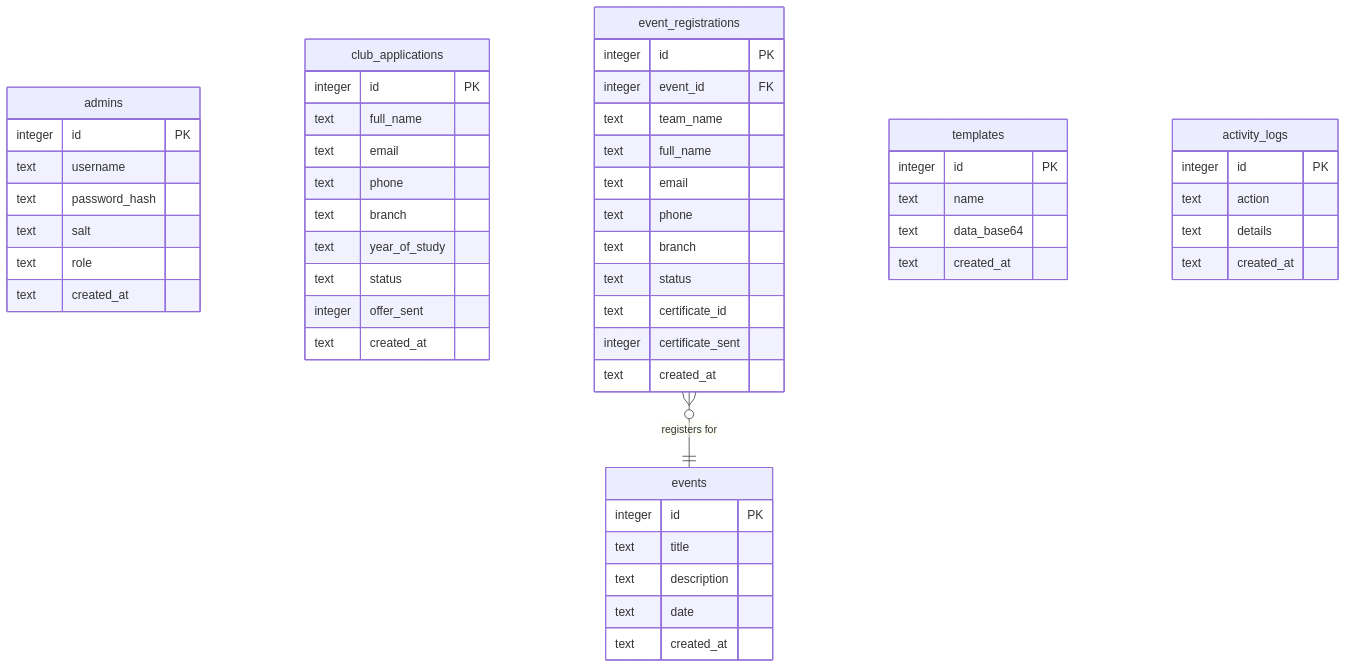
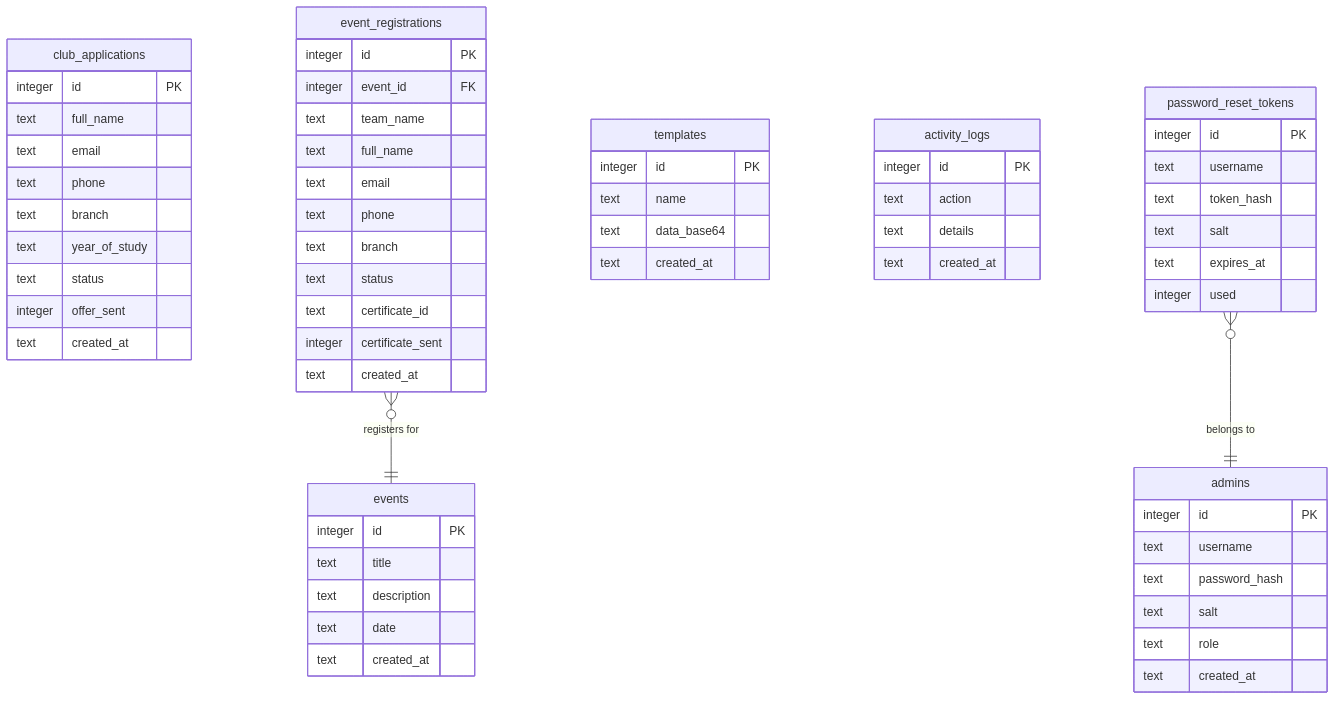
Before and after one commit to saicharan-bhuthkuri/rd: diagram 12 of 25 in README.md, drawn with Mermaid. The commit also changed other lines of this file, not shown here.

````diff
--- a/README.md
+++ b/README.md
@@ -1009,55 +1012,64 @@
 ```mermaid
 erDiagram
     admins {
         integer id PK
         text username
         text password_hash
         text salt
         text role
         text created_at
     }
     events {
         integer id PK
         text title
         text description
         text date
         text created_at
     }
     club_applications {
         integer id PK
         text full_name
         text email
         text phone
         text branch
         text year_of_study
         text status
         integer offer_sent
         text created_at
     }
     event_registrations {
         integer id PK
         integer event_id FK
         text team_name
         text full_name
         text email
         text phone
         text branch
         text status
         text certificate_id
         integer certificate_sent
         text created_at
     }
     templates {
         integer id PK
         text name
         text data_base64
         text created_at
     }
     activity_logs {
         integer id PK
         text action
         text details
         text created_at
     }
+    password_reset_tokens {
+        integer id PK
+        text username
+        text token_hash
+        text salt
+        text expires_at
+        integer used
+    }
     event_registrations }o--|| events : "registers for"
+    password_reset_tokens }o--|| admins : "belongs to"
 ```
````
